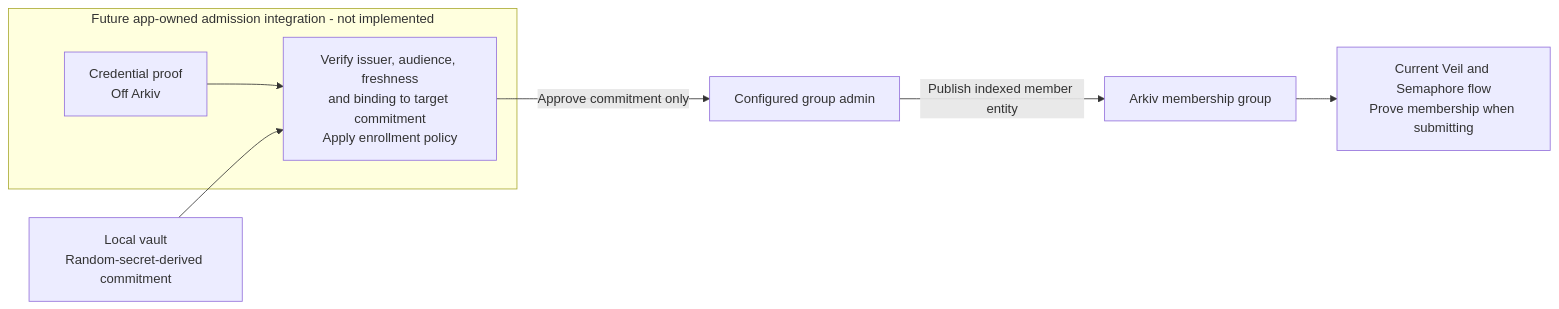
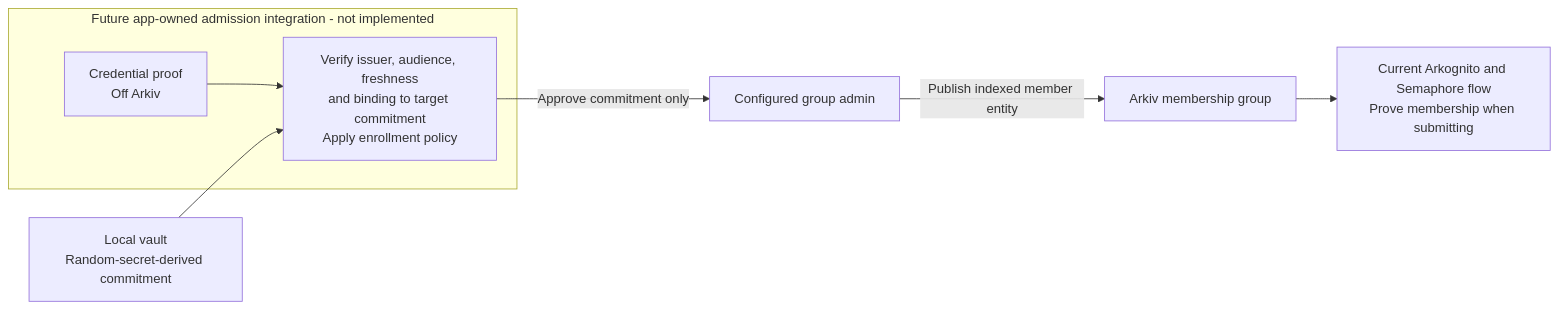
Before and after one commit to soumyacodes007/Arkognito: the third of 3 diagrams in docs/architecture.md, drawn with Mermaid. The commit also changed other lines of this file and 10 other files, not shown here.

````diff
--- a/docs/architecture.md
+++ b/docs/architecture.md
@@ -157,10 +157,10 @@
 ```mermaid
 flowchart LR
     subgraph Future["Future app-owned admission integration - not implemented"]
         Credential["Credential proof<br/>Off Arkiv"] --> Policy["Verify issuer, audience, freshness<br/>and binding to target commitment<br/>Apply enrollment policy"]
     end
     Vault["Local vault<br/>Random-secret-derived commitment"] --> Policy
     Policy -->|"Approve commitment only"| Admin["Configured group admin"]
     Admin -->|"Publish indexed member entity"| Group["Arkiv membership group"]
-    Group --> Proof["Current Veil and Semaphore flow<br/>Prove membership when submitting"]
+    Group --> Proof["Current Arkognito and Semaphore flow<br/>Prove membership when submitting"]
 ```
````
